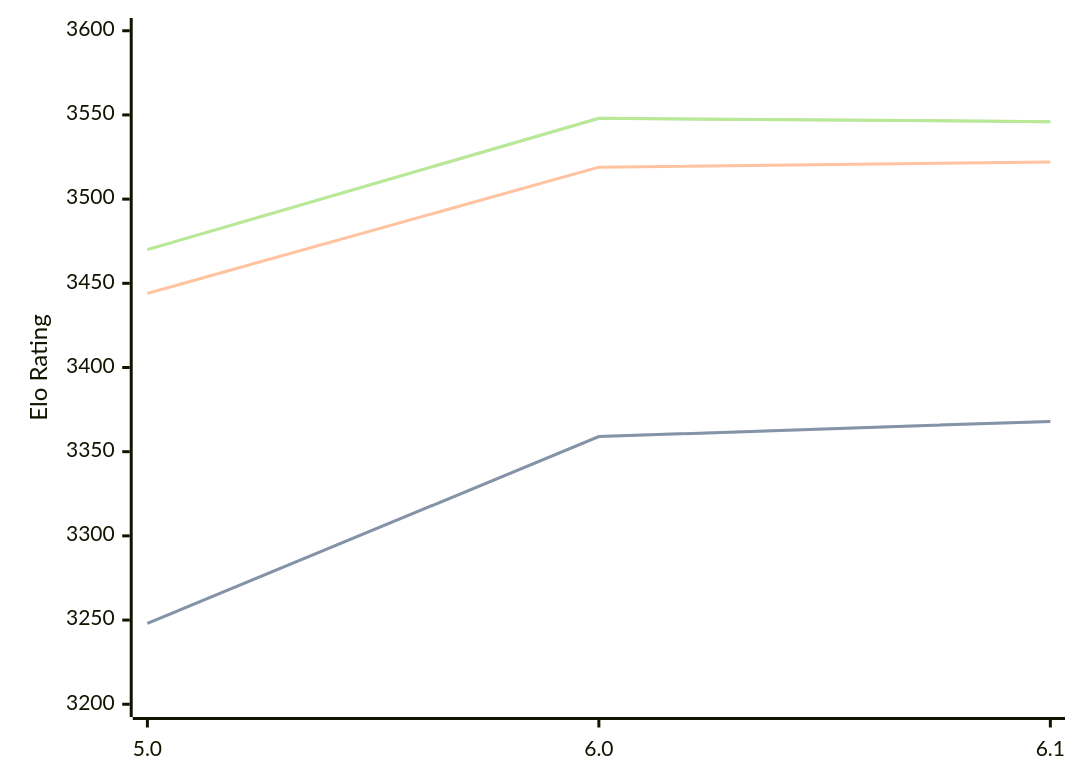
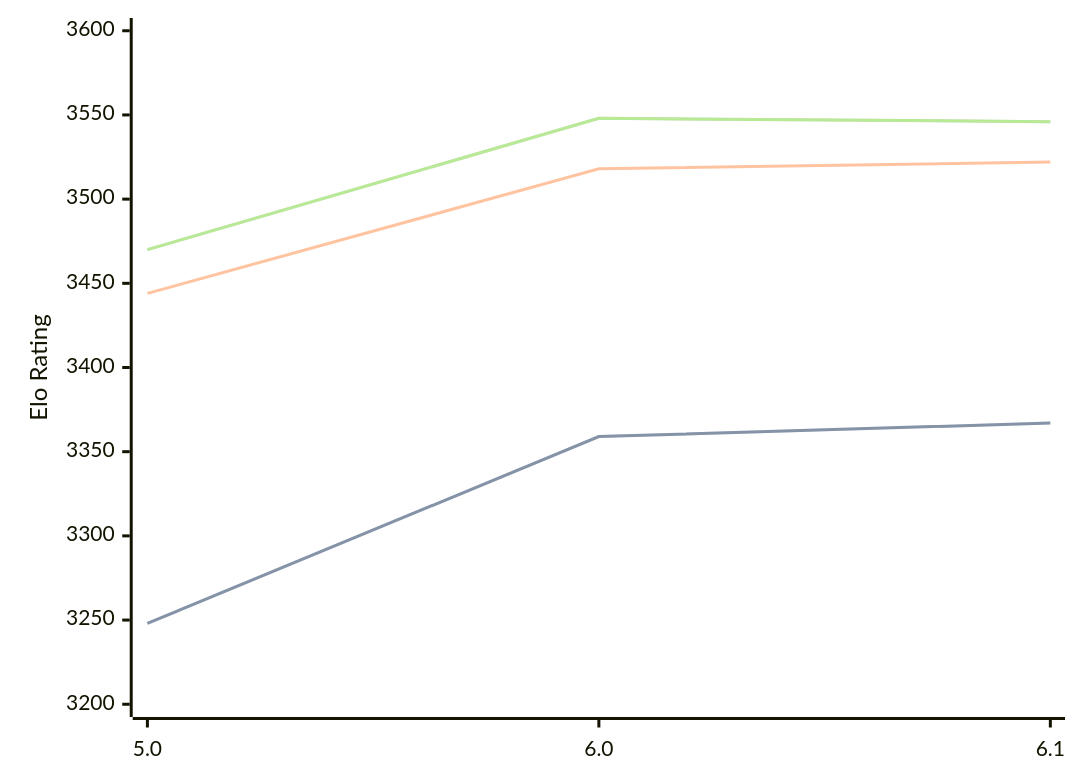
The diagram in engines/Starzix.md (computer-chess-index/cci), drawn with Mermaid before and after one commit. The commit also changed other lines of this file, not shown here.

Commit message:
Update CCI Ratings (ELO VLTC) - 2026-04-28

````diff
--- a/engines/Starzix.md
+++ b/engines/Starzix.md
@@ -37,11 +37,11 @@
 ```mermaid
 %%{init: {"theme":"base","themeVariables":{"seriesColors:['#a3a3a3','#222221','#faa371']}}}%%
 xychart-beta
   x-axis ["5.0", "6.0", "6.1"]
   y-axis "Elo Rating" 3200 --> 3600
-  line "STC (8.0+0.08s)" [3248, 3359, 3368]
-  line "STC (8.0+0.08s)" [3248, 3359, 3368]
-  line "LTC (60.0+0.60s)" [3444, 3519, 3522]
+  line "STC (8.0+0.08s)" [3248, 3359, 3367]
+  line "STC (8.0+0.08s)" [3248, 3359, 3367]
+  line "LTC (60.0+0.60s)" [3444, 3518, 3522]
   line "VLTC (2m24s+1.12s)" [3470, 3548, 3546]
   line "VLTC (2m24s+1.12s)" [3470, 3548, 3546]
 ```
````
